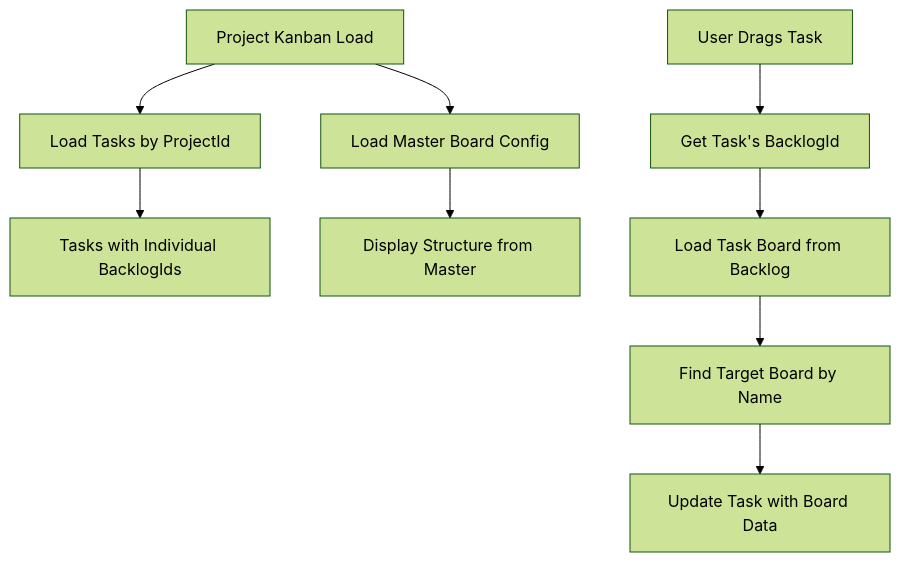
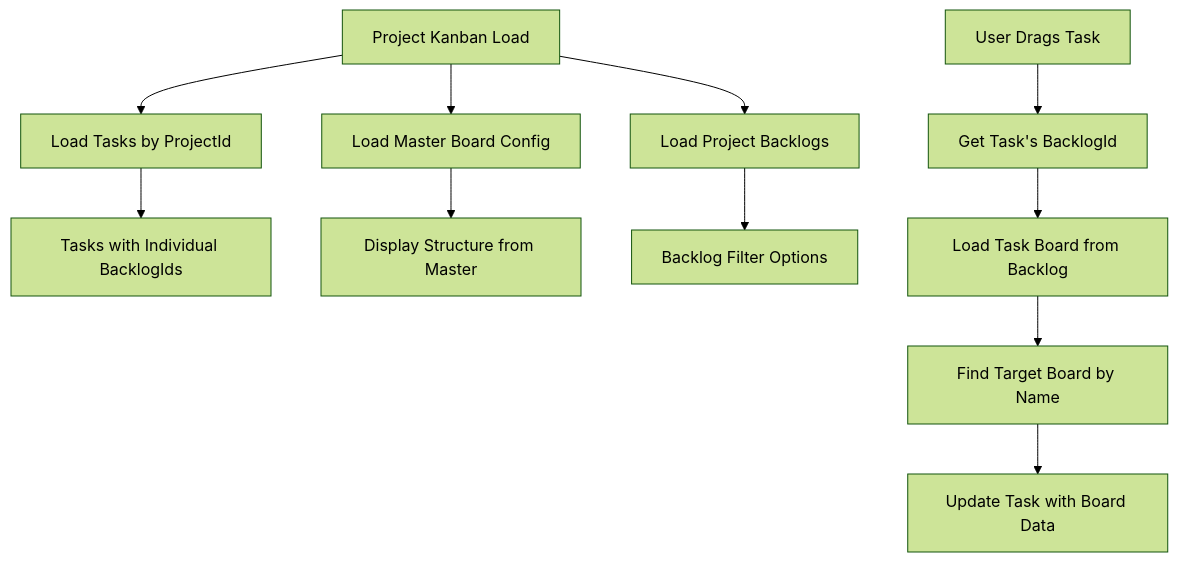
The second of 2 diagrams in README.md (Iqbalm1995/app-management-fe), drawn with Mermaid (forest theme) before and after one commit. The commit also changed other lines of this file and 1 other file, not shown here.

````diff
--- a/README.md
+++ b/README.md
@@ -755,11 +755,13 @@
 ```mermaid
 graph TD
     A[Project Kanban Load] --> B[Load Tasks by ProjectId]
     A --> C[Load Master Board Config]
-    B --> D[Tasks with Individual BacklogIds]
-    C --> E[Display Structure from Master]
-    F[User Drags Task] --> G[Get Task's BacklogId]
-    G --> H[Load Task Board from Backlog]
-    H --> I[Find Target Board by Name]
-    I --> J[Update Task with Board Data]
+    A --> D[Load Project Backlogs]
+    B --> E[Tasks with Individual BacklogIds]
+    C --> F[Display Structure from Master]
+    D --> G[Backlog Filter Options]
+    H[User Drags Task] --> I[Get Task's BacklogId]
+    I --> J[Load Task Board from Backlog]
+    J --> K[Find Target Board by Name]
+    K --> L[Update Task with Board Data]
 ```
````
